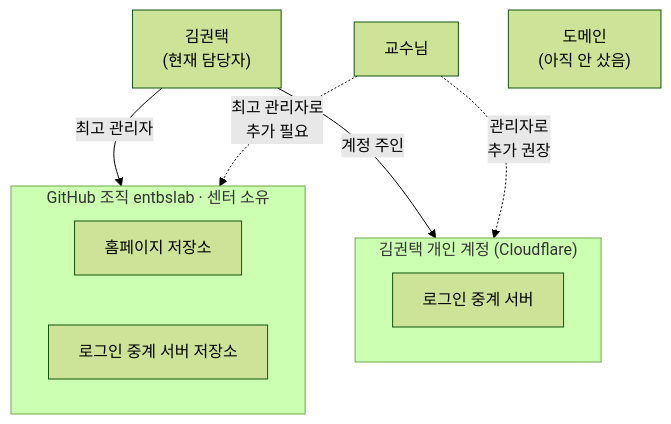
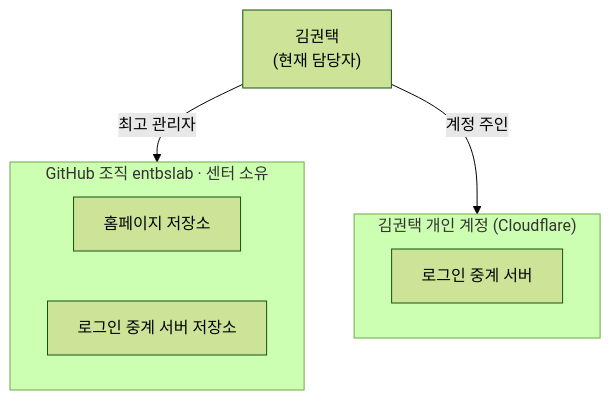
The third of 4 diagrams in docs/HANDOVER.md (entbslab/entbslab.github.io), drawn with Mermaid (forest theme) before and after one commit. The commit also changed other lines of this file and 2 other files, not shown here.

First line of the commit message:
가이드 PDF·인수인계 문서: 할 일 장(6장)과 도메인 관련 내용 제거

````diff
--- a/docs/HANDOVER.md
+++ b/docs/HANDOVER.md
@@ -68,17 +68,13 @@
 ```mermaid
 flowchart TD
   K["김권택<br/>(현재 담당자)"]
-  P["교수님"]
   subgraph ORG["GitHub 조직 entbslab · 센터 소유"]
     H["홈페이지 저장소"]
     L["로그인 중계 서버 저장소"]
   end
   subgraph CF["김권택 개인 계정 (Cloudflare)"]
     W["로그인 중계 서버"]
   end
-  DM["도메인<br/>(아직 안 샀음)"]
   K -->|"최고 관리자"| ORG
   K -->|"계정 주인"| CF
-  P -.->|"최고 관리자로<br/>추가 필요"| ORG
-  P -.->|"관리자로<br/>추가 권장"| CF
 ```
````
